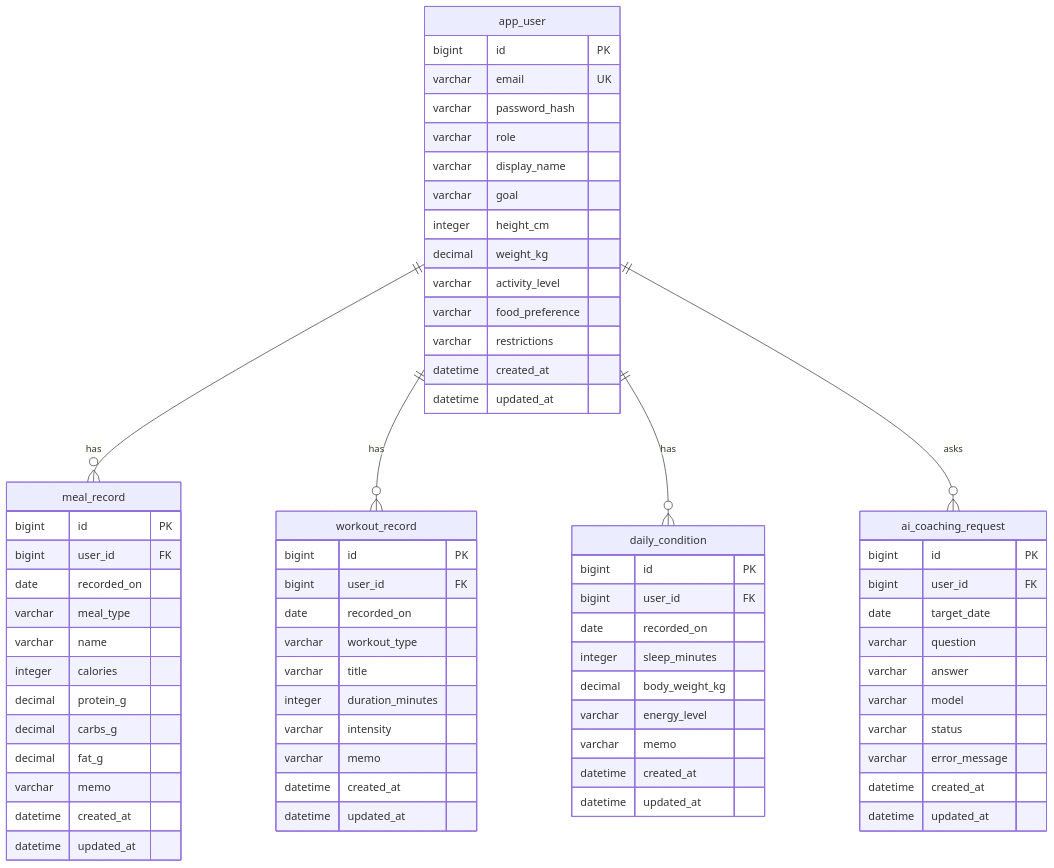
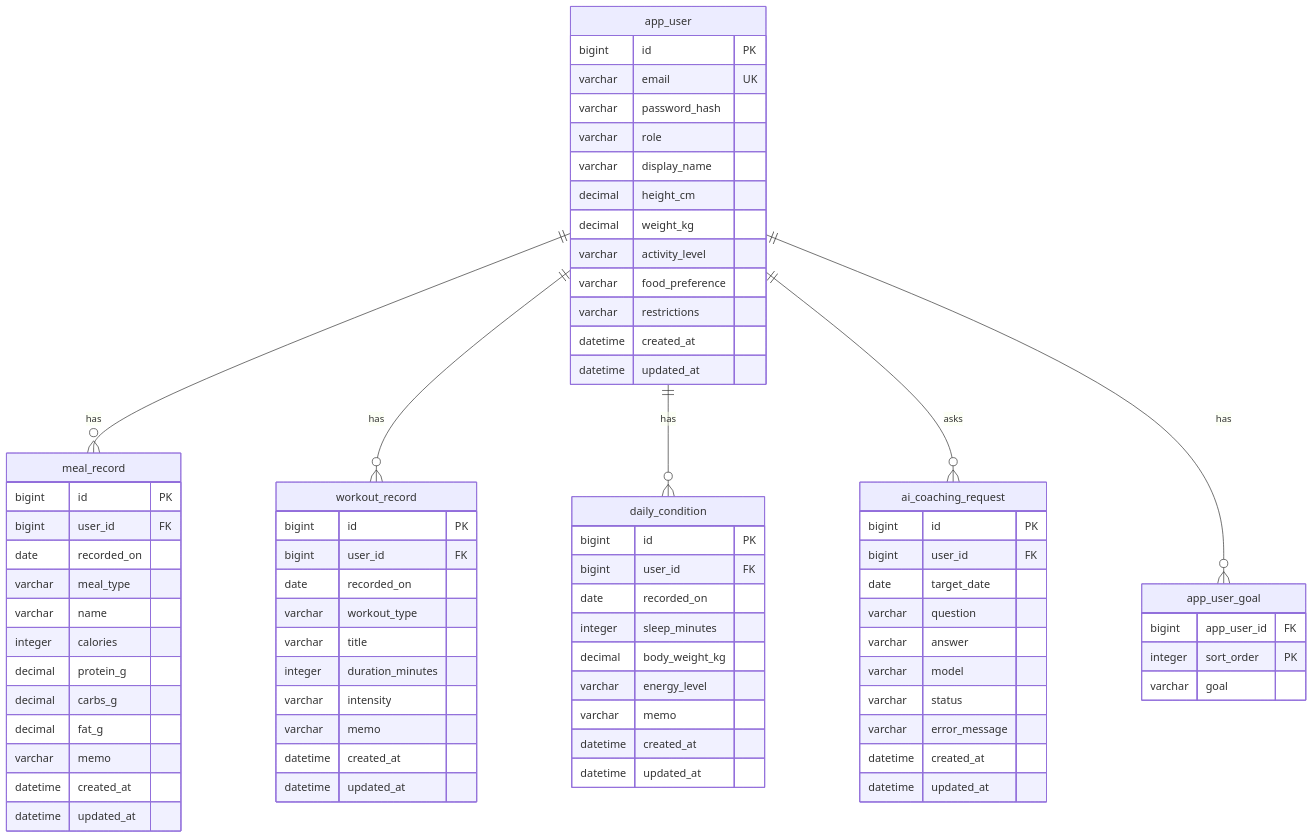
Before and after one commit to geunnseung/myPtAi: the diagram in docs/domain-model.md, drawn with Mermaid. The commit also changed other lines of this file and 15 other files, not shown here.

````diff
--- a/docs/domain-model.md
+++ b/docs/domain-model.md
@@ -15,76 +15,82 @@
 ```mermaid
 erDiagram
     app_user ||--o{ meal_record : has
     app_user ||--o{ workout_record : has
     app_user ||--o{ daily_condition : has
     app_user ||--o{ ai_coaching_request : asks
+    app_user ||--o{ app_user_goal : has
 
     app_user {
         bigint id PK
         varchar email UK
         varchar password_hash
         varchar role
         varchar display_name
-        varchar goal
-        integer height_cm
+        decimal height_cm
         decimal weight_kg
         varchar activity_level
         varchar food_preference
         varchar restrictions
         datetime created_at
         datetime updated_at
+    }
+
+    app_user_goal {
+        bigint app_user_id FK
+        integer sort_order PK
+        varchar goal
     }
 
     meal_record {
         bigint id PK
         bigint user_id FK
         date recorded_on
         varchar meal_type
         varchar name
         integer calories
         decimal protein_g
         decimal carbs_g
         decimal fat_g
         varchar memo
         datetime created_at
         datetime updated_at
     }
 
     workout_record {
         bigint id PK
         bigint user_id FK
         date recorded_on
         varchar workout_type
         varchar title
         integer duration_minutes
         varchar intensity
         varchar memo
         datetime created_at
         datetime updated_at
     }
 
     daily_condition {
         bigint id PK
         bigint user_id FK
         date recorded_on
         integer sleep_minutes
         decimal body_weight_kg
         varchar energy_level
         varchar memo
         datetime created_at
         datetime updated_at
     }
 
     ai_coaching_request {
         bigint id PK
         bigint user_id FK
         date target_date
         varchar question
         varchar answer
         varchar model
         varchar status
         varchar error_message
         datetime created_at
         datetime updated_at
     }
 ```
````
